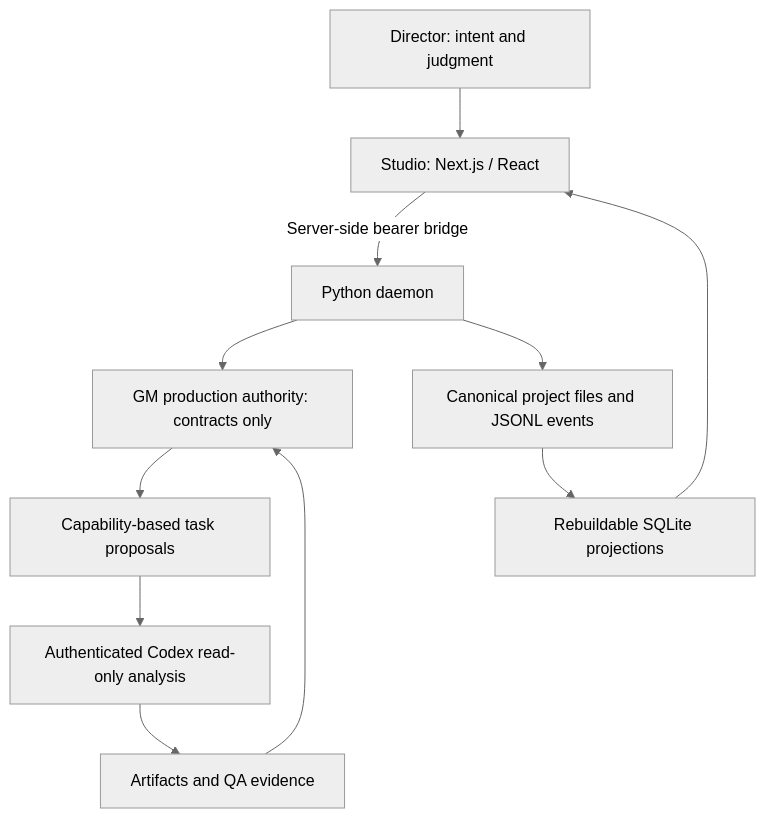
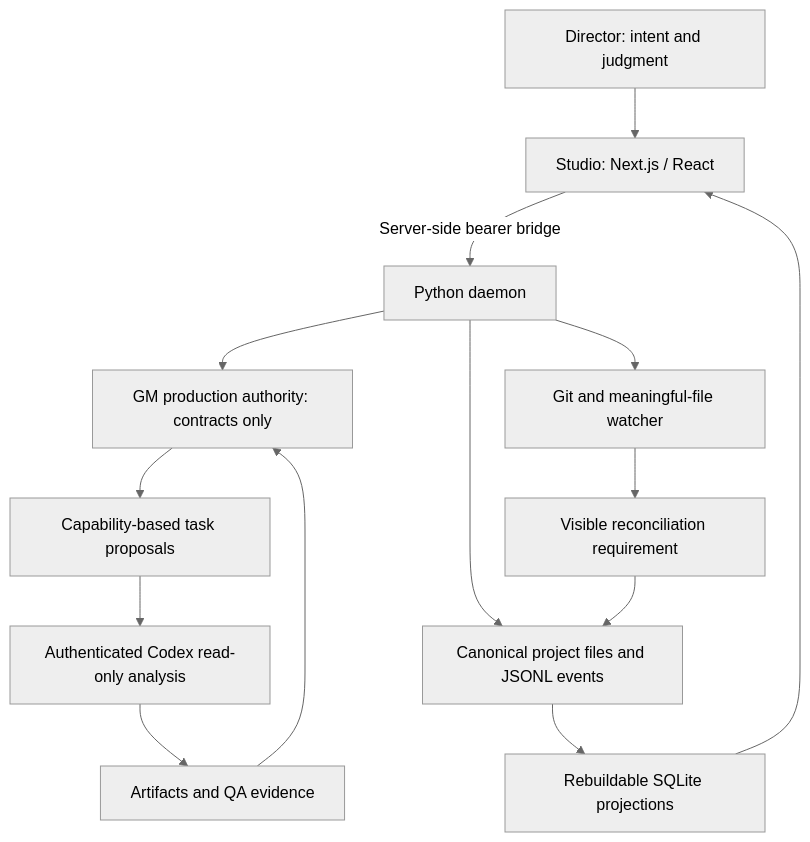
Before and after one commit to orenshved/GAN: the diagram in README.md, drawn with Mermaid (neutral theme). The commit also changed other lines of this file and 23 other files, not shown here.

````diff
--- a/README.md
+++ b/README.md
@@ -14,13 +15,16 @@
 ```mermaid
 flowchart TD
   Human[Director: intent and judgment] --> Studio[Studio: Next.js / React]
   Studio -->|Server-side bearer bridge| Daemon[Python daemon]
   Daemon --> GM[GM production authority: contracts only]
   GM --> Tasks[Capability-based task proposals]
   Tasks --> Workers[Authenticated Codex read-only analysis]
   Workers --> Evidence[Artifacts and QA evidence]
   Evidence --> GM
   Daemon --> History[Canonical project files and JSONL events]
+  Daemon --> Watcher[Git and meaningful-file watcher]
+  Watcher --> Reconcile[Visible reconciliation requirement]
+  Reconcile --> History
   History --> SQLite[Rebuildable SQLite projections]
   SQLite --> Studio
 ```
````
